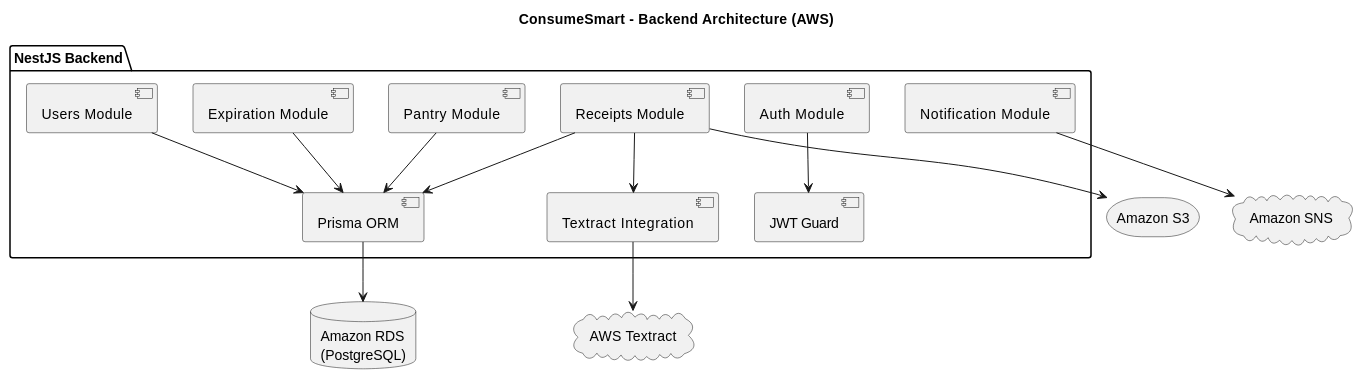
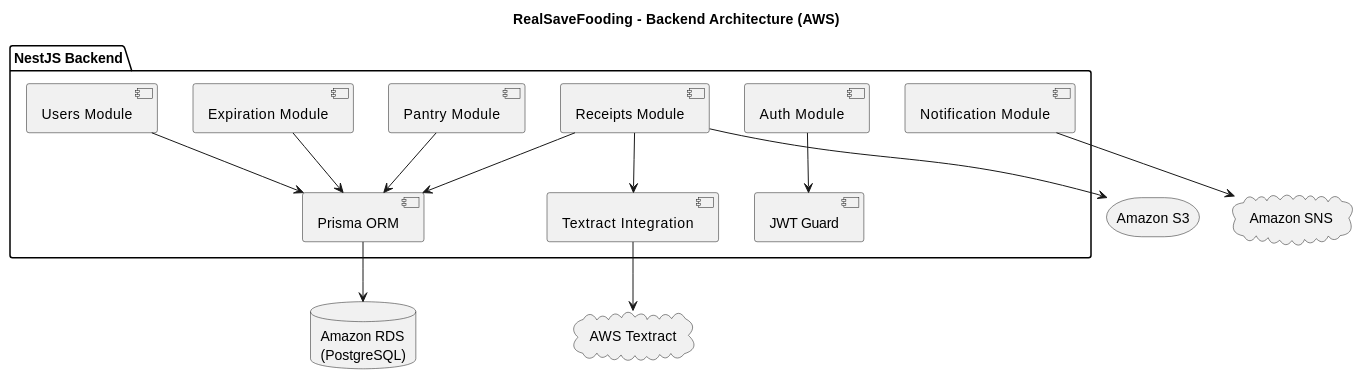
The second of 6 diagrams in docs/architecture/architecture.md (LIDR-academy/AI4Devs-finalproject), drawn with PlantUML before and after one commit. The commit also changed other lines of this file and 12 other files, not shown here.

Commit message:
Refactor project wrong references from ConsumeSmart to RealSaveFooding across documentation and configuration files

````diff
--- a/docs/architecture/architecture.md
+++ b/docs/architecture/architecture.md
@@ -45,44 +45,44 @@
 ```plantuml
 @startuml
-title ConsumeSmart - Backend Architecture (AWS)
+title RealSaveFooding - Backend Architecture (AWS)
 
 package "NestJS Backend" {
 
     [Auth Module]
     [Users Module]
     [Pantry Module]
     [Receipts Module]
     [Expiration Module]
     [Notification Module]
 
     [JWT Guard]
     [Prisma ORM]
 
     [Auth Module] --> [JWT Guard]
 
     [Users Module] --> [Prisma ORM]
     [Pantry Module] --> [Prisma ORM]
     [Receipts Module] --> [Prisma ORM]
     [Expiration Module] --> [Prisma ORM]
 
     [Receipts Module] --> [Textract Integration]
 }
 
 database "Amazon RDS\n(PostgreSQL)" as RDS
 
 cloud "AWS Textract" as Textract
 
 cloud "Amazon SNS" as SNS
 
 storage "Amazon S3" as S3
 
 [Prisma ORM] --> RDS
 
 [Receipts Module] --> S3
 
 [Textract Integration] --> Textract
 
 [Notification Module] --> SNS
 
 @enduml
 ```
````
